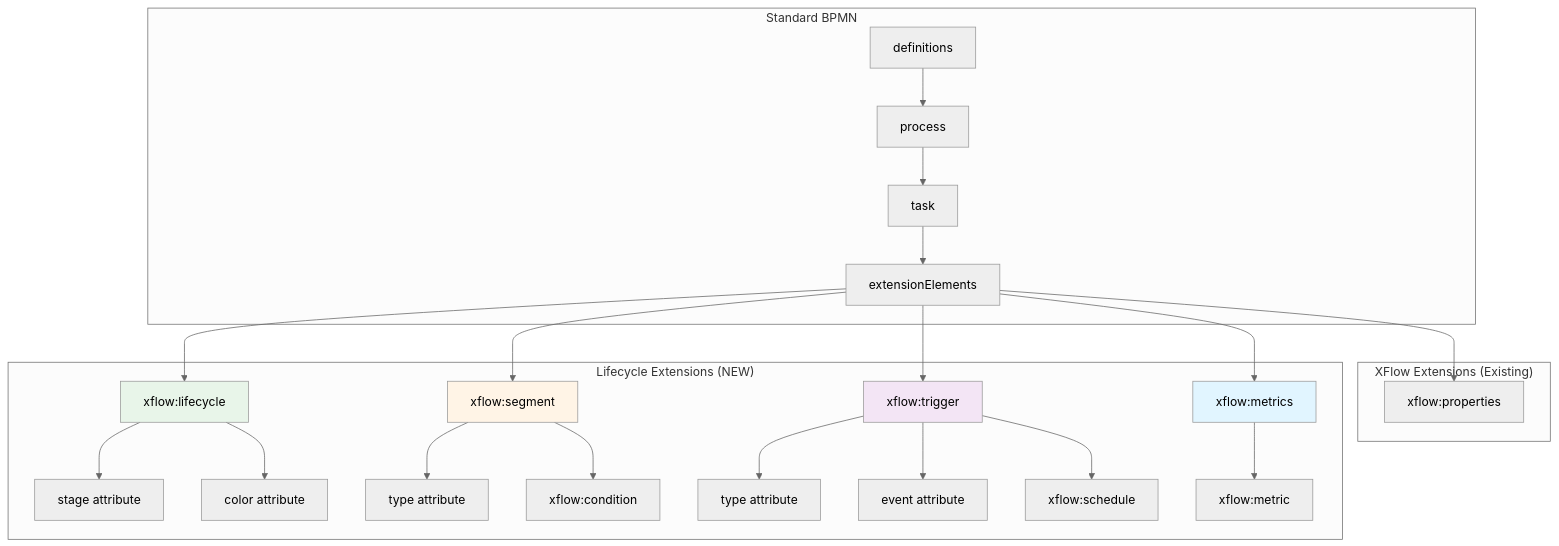
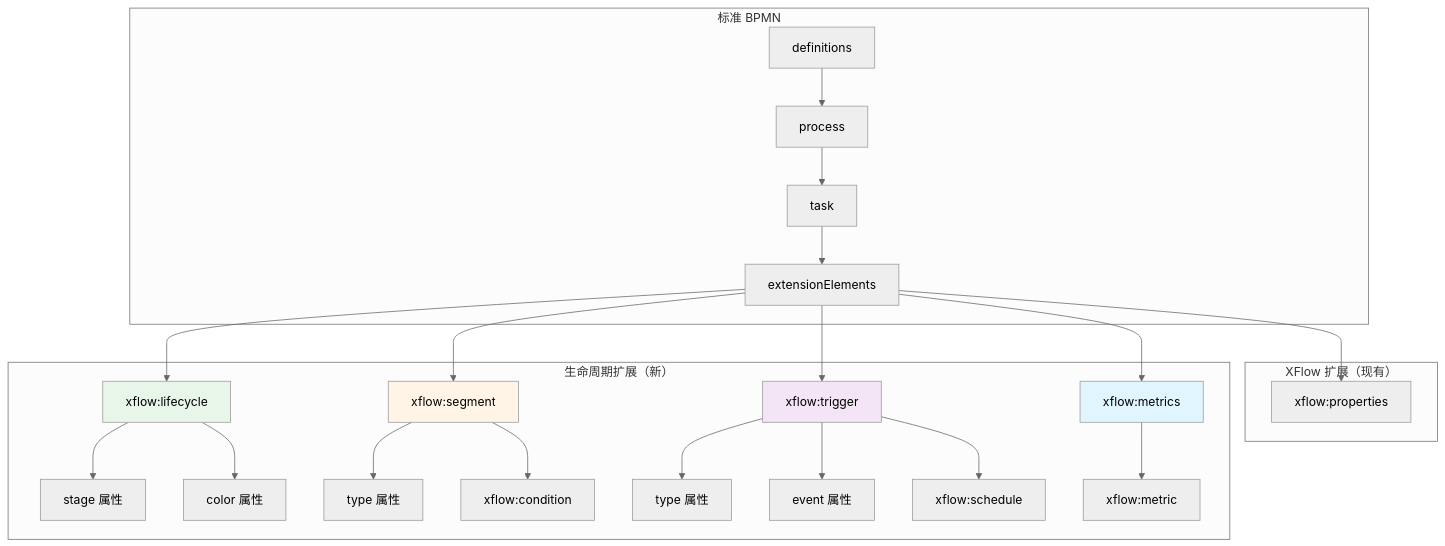
Before and after one commit to liushuai0109/workflow-engine: the eighth of 14 diagrams in openspec/changes/archive/2025-12-19-add-lifecycle-operations-foundation/ARCHITECTURE.md, drawn with Mermaid (neutral theme). The commit also changed other lines of this file and 12 other files, not shown here.

````diff
--- a/openspec/changes/archive/2025-12-19-add-lifecycle-operations-foundation/ARCHITECTURE.md
+++ b/openspec/changes/archive/2025-12-19-add-lifecycle-operations-foundation/ARCHITECTURE.md
@@ -369,58 +369,58 @@
 ```mermaid
 graph TD
-    subgraph "Standard BPMN"
+    subgraph "标准 BPMN"
         Defs[definitions]
         Process[process]
         Task[task]
         ExtElem[extensionElements]
     end
 
-    subgraph "XFlow Extensions (Existing)"
+    subgraph "XFlow 扩展（现有）"
         XFlowProps[xflow:properties]
     end
 
-    subgraph "Lifecycle Extensions (NEW)"
+    subgraph "生命周期扩展（新）"
         Lifecycle[xflow:lifecycle]
         Segment[xflow:segment]
         Trigger[xflow:trigger]
         Metrics[xflow:metrics]
 
-        LStage[stage attribute]
-        LColor[color attribute]
+        LStage[stage 属性]
+        LColor[color 属性]
 
-        SType[type attribute]
+        SType[type 属性]
         SCond[xflow:condition]
 
-        TType[type attribute]
-        TEvent[event attribute]
+        TType[type 属性]
+        TEvent[event 属性]
         TSchedule[xflow:schedule]
 
         MMetric[xflow:metric]
     end
 
     Defs --> Process
     Process --> Task
     Task --> ExtElem
     ExtElem --> XFlowProps
     ExtElem --> Lifecycle
     ExtElem --> Segment
     ExtElem --> Trigger
     ExtElem --> Metrics
 
     Lifecycle --> LStage
     Lifecycle --> LColor
 
     Segment --> SType
     Segment --> SCond
 
     Trigger --> TType
     Trigger --> TEvent
     Trigger --> TSchedule
 
     Metrics --> MMetric
 
     style Lifecycle fill:#e8f5e9
     style Segment fill:#fff4e6
     style Trigger fill:#f3e5f5
     style Metrics fill:#e1f5ff
 ```
````
